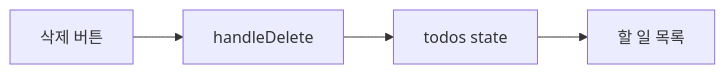
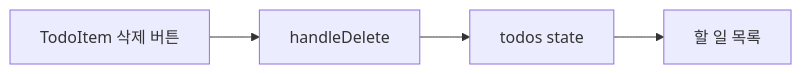
The fourth of 4 diagrams in .projectcode/wiki/scenarios.md (meta-agent-project/projectcode-agent), drawn with Mermaid before and after one commit. The commit also changed other lines of this file and 3 other files, not shown here.

````diff
--- a/.projectcode/wiki/scenarios.md
+++ b/.projectcode/wiki/scenarios.md
@@ -51,6 +52,6 @@
 ```mermaid
 flowchart LR
-  A[삭제 버튼] --> B[handleDelete]
+  A[TodoItem 삭제 버튼] --> B[handleDelete]
   B --> C[todos state]
   C --> D[할 일 목록]
 ```
````
